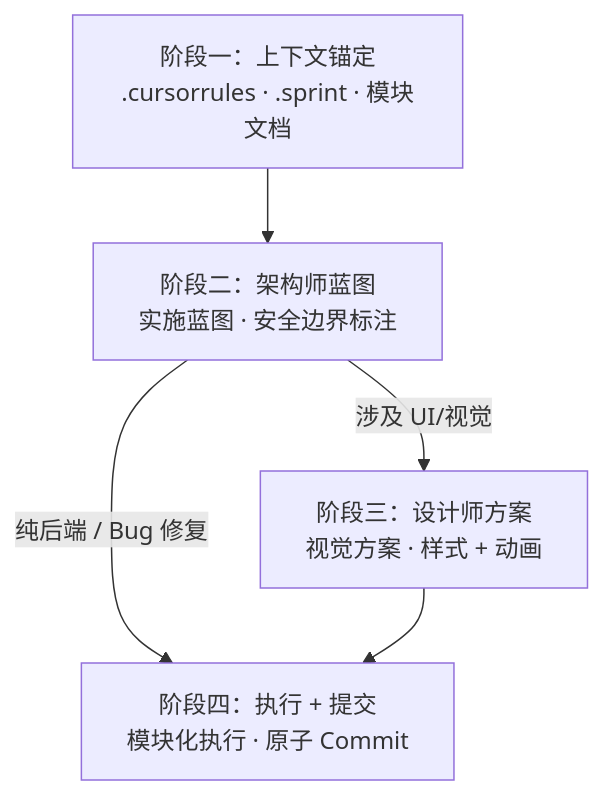
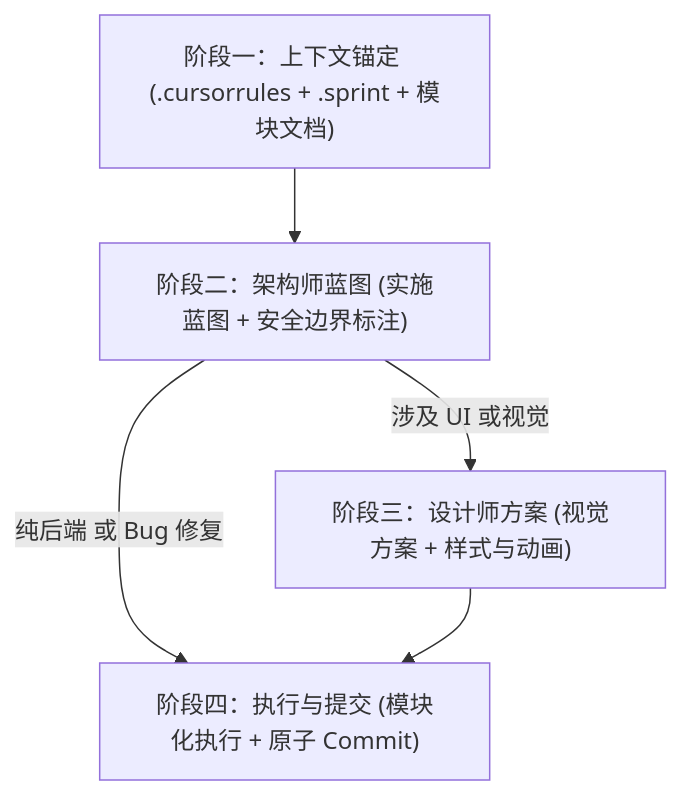
Before and after one commit to RyanXu-pop/robotPannel: the first of 2 diagrams in workflow/README.md, drawn with Mermaid. The commit also changed other lines of this file and 6 other files, not shown here.

First line of the commit message:
fix(docs): fix Mermaid syntax and normalize table formatting

````diff
--- a/workflow/README.md
+++ b/workflow/README.md
@@ -21,12 +21,12 @@
 ```mermaid
 flowchart TD
-    S1["阶段一：上下文锚定<br/>.cursorrules · .sprint · 模块文档"]
-    S2["阶段二：架构师蓝图<br/>实施蓝图 · 安全边界标注"]
-    S3["阶段三：设计师方案<br/>视觉方案 · 样式 + 动画"]
-    S4["阶段四：执行 + 提交<br/>模块化执行 · 原子 Commit"]
+    S1["阶段一：上下文锚定 (.cursorrules + .sprint + 模块文档)"]
+    S2["阶段二：架构师蓝图 (实施蓝图 + 安全边界标注)"]
+    S3["阶段三：设计师方案 (视觉方案 + 样式与动画)"]
+    S4["阶段四：执行与提交 (模块化执行 + 原子 Commit)"]
 
     S1 --> S2
-    S2 -->|"涉及 UI/视觉"| S3
-    S2 -->|"纯后端 / Bug 修复"| S4
+    S2 -->|涉及 UI 或视觉| S3
+    S2 -->|纯后端 或 Bug 修复| S4
     S3 --> S4
 ```
````
